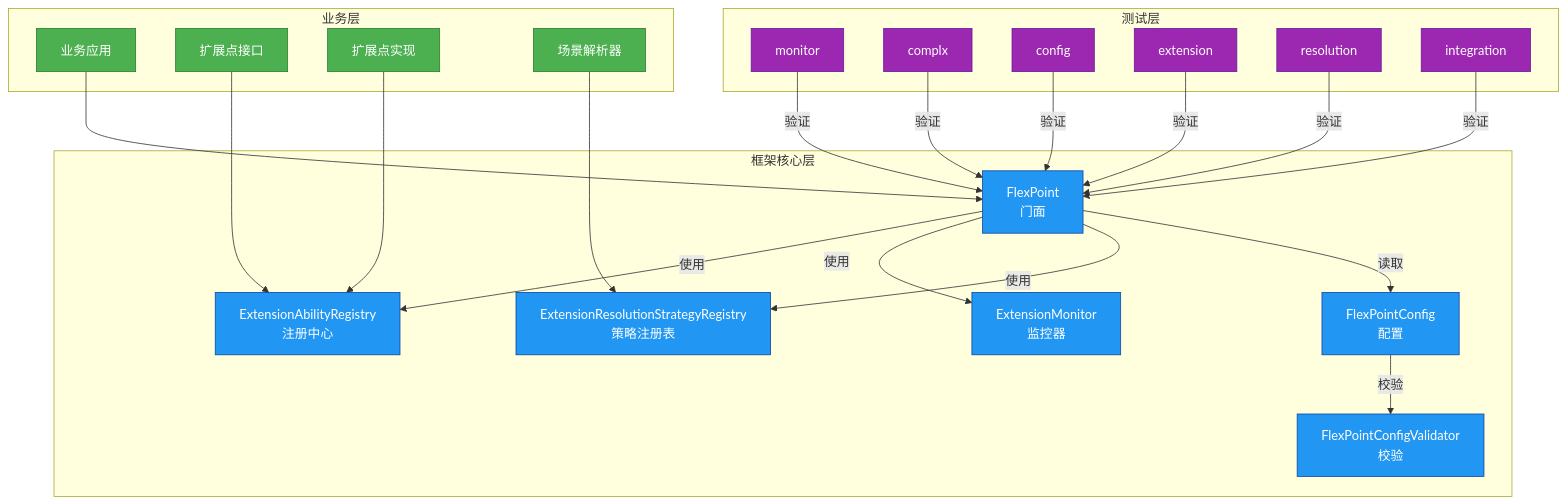
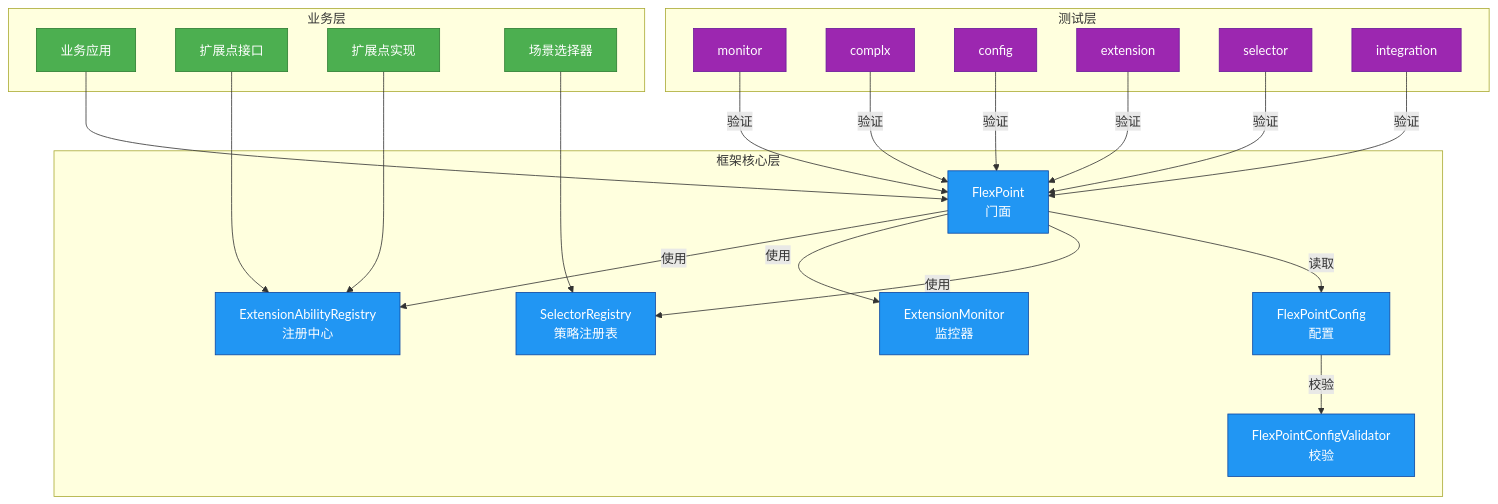
One commit to xiangganLuo/flex-point changed the diagram in statics/ARCHITECTURE.md. Above: the diagram before and after it, drawn with Mermaid. The commit also changed other lines of this file and 34 other files, not shown here.

````diff
--- a/statics/ARCHITECTURE.md
+++ b/statics/ARCHITECTURE.md
@@ -17,54 +17,54 @@
 ```mermaid
 graph TB
     %% ===== 业务层 =====
     subgraph 业务层
         A1[业务应用]
         A2[扩展点接口]
         A3[扩展点实现]
-        A4[场景解析器]
+        A4[场景选择器]
     end
 
     %% ===== 框架核心层 =====
     subgraph 框架核心层
         B1[FlexPoint<br/>门面]
         B2[ExtensionAbilityRegistry<br/>注册中心]
         B3[ExtensionMonitor<br/>监控器]
-        B4[ExtensionResolutionStrategyRegistry<br/>策略注册表]
+        B4[SelectorRegistry<br/>策略注册表]
         C1[FlexPointConfig<br/>配置]
         C2[FlexPointConfigValidator<br/>校验]
     end
 
     %% ===== 测试层 =====
     subgraph 测试层
         D[monitor]
       	D2[complx]
       	D3[config]
       	D4[extension]
-      	D5[resolution]
+      	D5[selector]
       	D6[integration]
     end
 
     %% ===== 简化后的关系 =====
     A1 --> B1
     A2 & A3 --> B2
     A4 --> B4
     B1 -->|使用| B2
     B1 -->|使用| B3
     B1 -->|使用| B4
     B1 -->|读取| C1
     C1 -->|校验| C2
     D -->|验证| B1
     D2 -->|验证| B1
     D3 -->|验证| B1
     D4 -->|验证| B1
     D5 -->|验证| B1
     D6 -->|验证| B1
     
     %% ===== 样式定义 =====
     classDef business fill:#4CAF50,stroke:#2E7D32,color:white
     classDef core fill:#2196F3,stroke:#0D47A1,color:white
     classDef test fill:#9C27B0,stroke:#6A1B9A,color:white
     class A1,A2,A3,A4 business
     class B1,B2,B3,B4,C1,C2 core
     class D,D2,D3,D4,D5,D6 test
 ```
````
